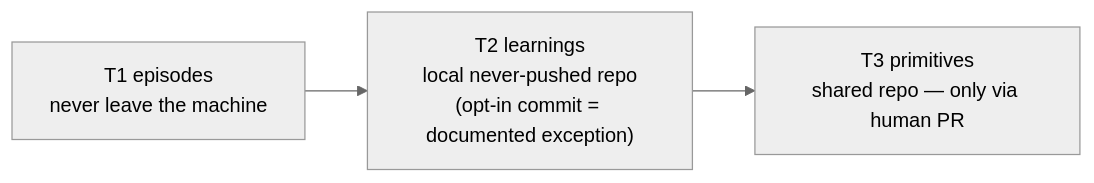
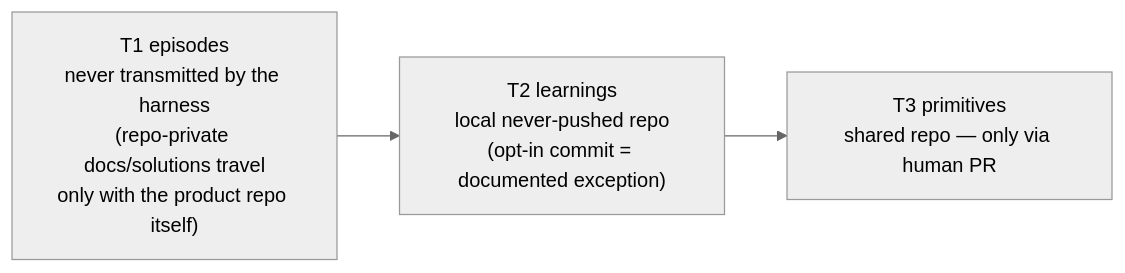
The third of 3 diagrams in docs/brainstorms/assets/knowledge-layer-flow.md (noodlemind/prompt-library), drawn with Mermaid (neutral theme) before and after one commit. The commit also changed 9 other files, not shown here.

````diff
--- a/docs/brainstorms/assets/knowledge-layer-flow.md
+++ b/docs/brainstorms/assets/knowledge-layer-flow.md
@@ -64,5 +64,5 @@
 ```mermaid
 flowchart LR
-    A["T1 episodes<br/>never leave the machine"] --> B["T2 learnings<br/>local never-pushed repo<br/>(opt-in commit = documented exception)"]
+    A["T1 episodes<br/>never transmitted by the harness<br/>(repo-private docs/solutions travel<br/>only with the product repo itself)"] --> B["T2 learnings<br/>local never-pushed repo<br/>(opt-in commit = documented exception)"]
     B --> C["T3 primitives<br/>shared repo — only via human PR"]
 ```
````
